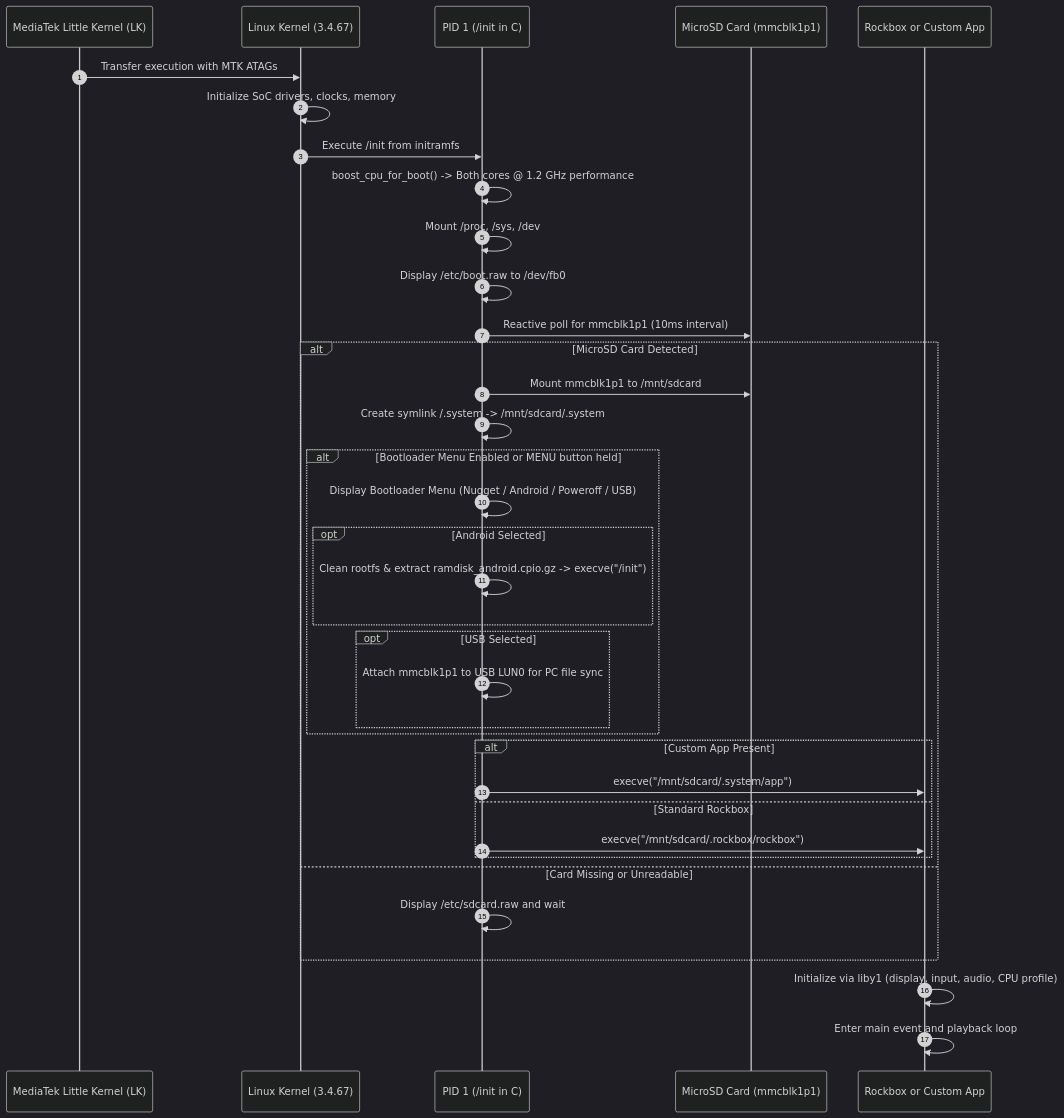
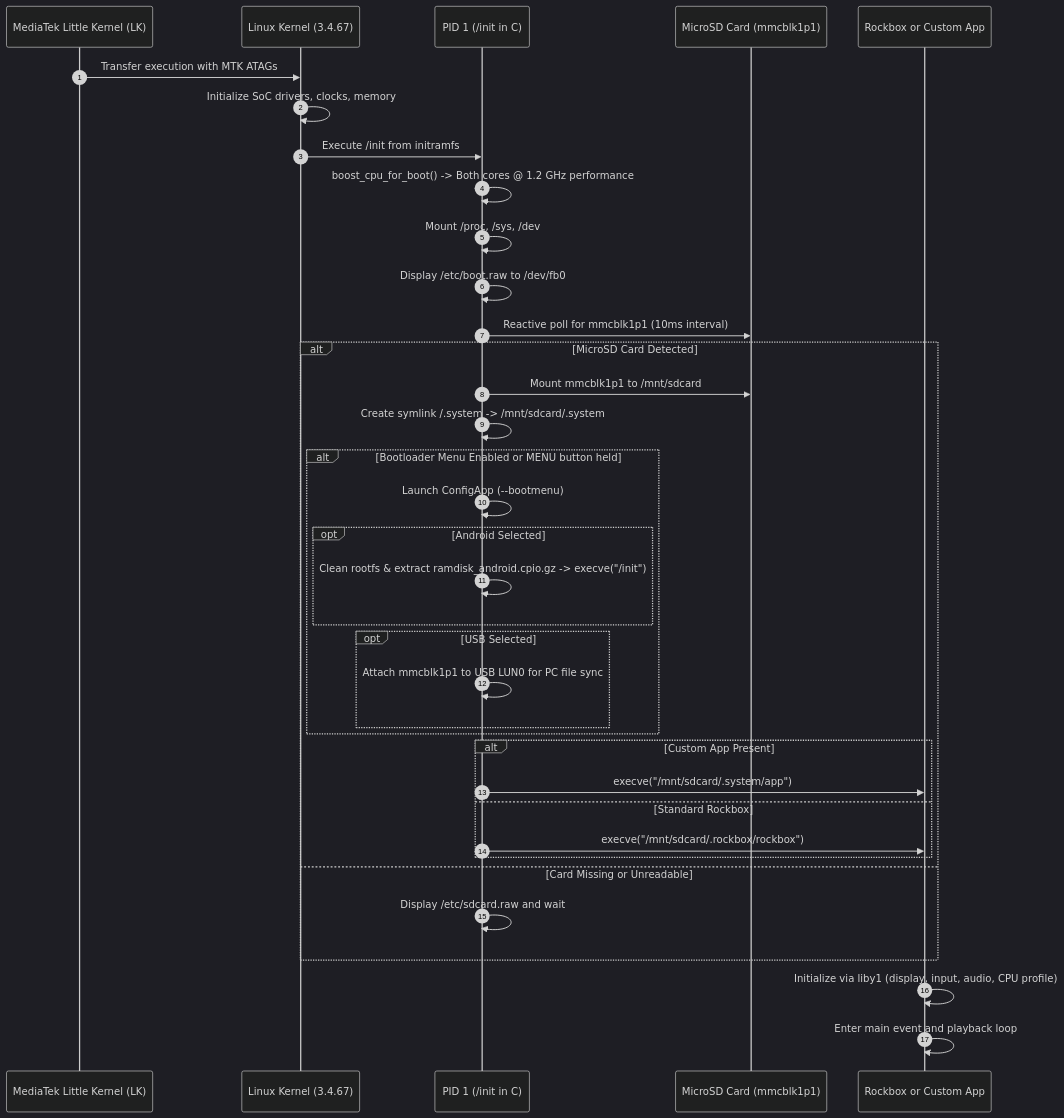
One commit to y1-community/nugget-y1-mirror changed the second of 2 diagrams in docs/ARCHITECTURE.md. Above: the diagram before and after it, drawn with Mermaid (dark theme). The commit also changed other lines of this file and 581 other files, not shown here.

````diff
--- a/docs/ARCHITECTURE.md
+++ b/docs/ARCHITECTURE.md
@@ -66,39 +67,39 @@
 ```mermaid
 sequenceDiagram
     autonumber
     participant LK as MediaTek Little Kernel (LK)
     participant K as Linux Kernel (3.4.67)
     participant I as PID 1 (/init in C)
     participant SD as MicroSD Card (mmcblk1p1)
     participant APP as Rockbox or Custom App
 
     LK->>K: Transfer execution with MTK ATAGs
     K->>K: Initialize SoC drivers, clocks, memory
     K->>I: Execute /init from initramfs
     I->>I: boost_cpu_for_boot() -> Both cores @ 1.2 GHz performance
     I->>I: Mount /proc, /sys, /dev
     I->>I: Display /etc/boot.raw to /dev/fb0
     I->>SD: Reactive poll for mmcblk1p1 (10ms interval)
     alt MicroSD Card Detected
         I->>SD: Mount mmcblk1p1 to /mnt/sdcard
         I->>I: Create symlink /.system -> /mnt/sdcard/.system
         alt Bootloader Menu Enabled or MENU button held
-            I->>I: Display Bootloader Menu (Nugget / Android / Poweroff / USB)
+            I->>I: Launch ConfigApp (--bootmenu)
             opt Android Selected
                 I->>I: Clean rootfs & extract ramdisk_android.cpio.gz -> execve("/init")
             end
             opt USB Selected
                 I->>I: Attach mmcblk1p1 to USB LUN0 for PC file sync
             end
         end
         alt Custom App Present
             I->>APP: execve("/mnt/sdcard/.system/app")
         else Standard Rockbox
             I->>APP: execve("/mnt/sdcard/.rockbox/rockbox")
         end
     else Card Missing or Unreadable
         I->>I: Display /etc/sdcard.raw and wait
     end
     APP->>APP: Initialize via liby1 (display, input, audio, CPU profile)
     APP->>APP: Enter main event and playback loop
 ```
````
